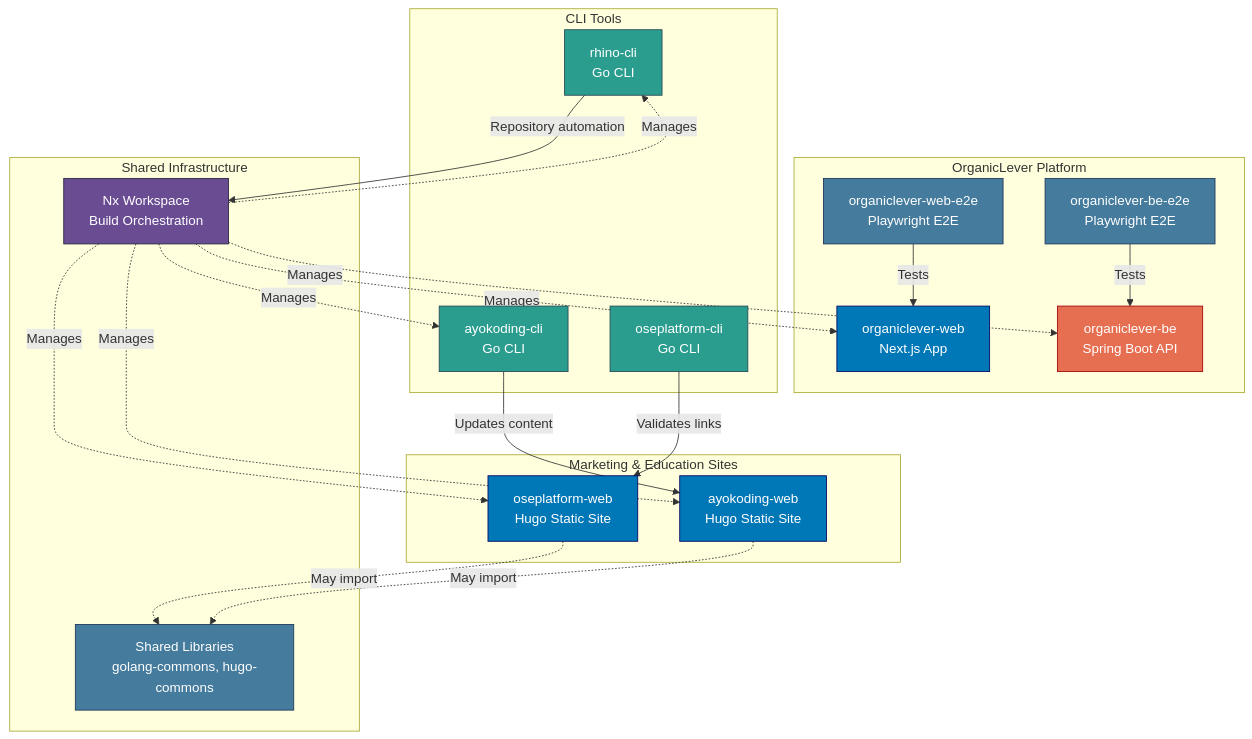
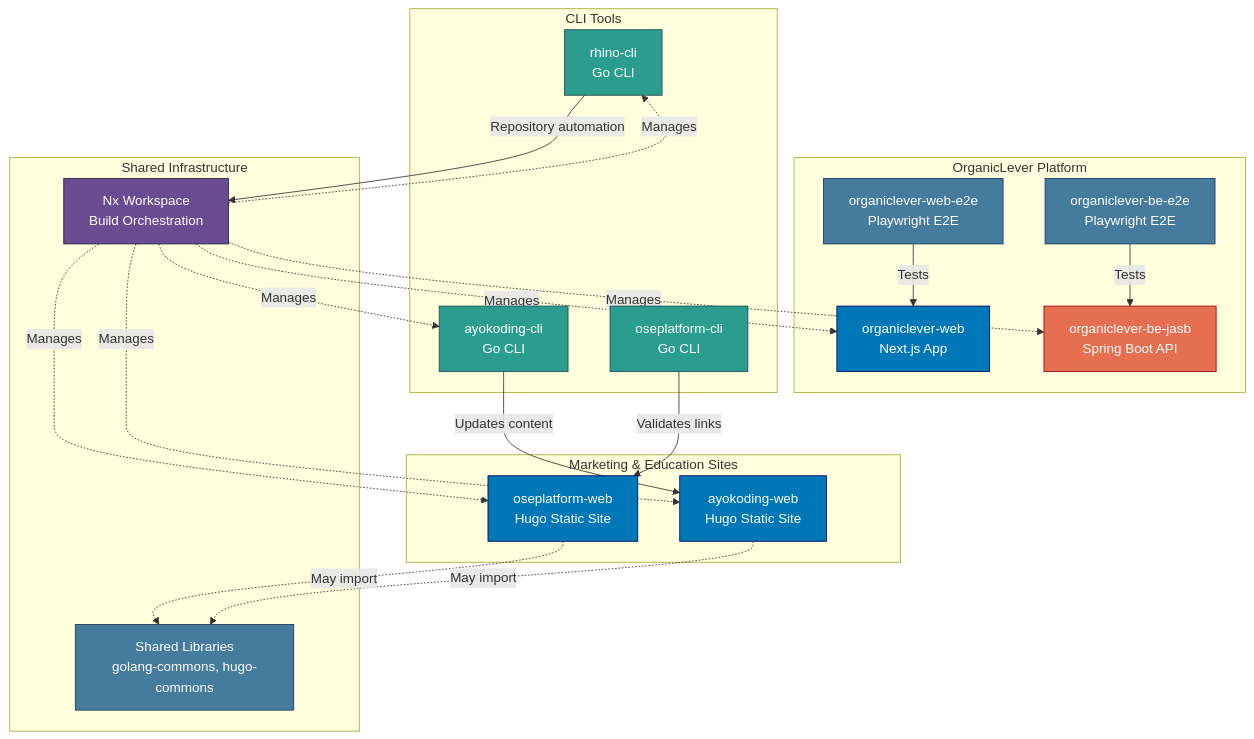
The first of 2 diagrams in docs/reference/system-architecture/re-syar__applications.md (wahidyankf/open-sharia-enterprise), drawn with Mermaid before and after one commit. The commit also changed other lines of this file and 13 other files, not shown here.

First line of the commit message:
docs: update organiclever-be references to organiclever-be-jasb

````diff
--- a/docs/reference/system-architecture/re-syar__applications.md
+++ b/docs/reference/system-architecture/re-syar__applications.md
@@ -131,53 +131,53 @@
 ```mermaid
 graph TB
     subgraph "Marketing & Education Sites"
         OSE[oseplatform-web<br/>Hugo Static Site]
         AYO[ayokoding-web<br/>Hugo Static Site]
     end
 
     subgraph "OrganicLever Platform"
         OL_WEB[organiclever-web<br/>Next.js App]
-        OL_BE[organiclever-be<br/>Spring Boot API]
+        OL_BE[organiclever-be-jasb<br/>Spring Boot API]
         OL_WEB_E2E[organiclever-web-e2e<br/>Playwright E2E]
         OL_BE_E2E[organiclever-be-e2e<br/>Playwright E2E]
     end
 
     subgraph "CLI Tools"
         AYOCLI[ayokoding-cli<br/>Go CLI]
         RHINO[rhino-cli<br/>Go CLI]
         OSECLI[oseplatform-cli<br/>Go CLI]
     end
 
     subgraph "Shared Infrastructure"
         NX[Nx Workspace<br/>Build Orchestration]
         LIBS[Shared Libraries<br/>golang-commons, hugo-commons]
     end
 
     AYOCLI -->|Updates content| AYO
     RHINO -->|Repository automation| NX
     OSECLI -->|Validates links| OSE
     OL_WEB_E2E -->|Tests| OL_WEB
     OL_BE_E2E -->|Tests| OL_BE
 
     NX -.->|Manages| OSE
     NX -.->|Manages| AYO
     NX -.->|Manages| AYOCLI
     NX -.->|Manages| RHINO
     NX -.->|Manages| OL_WEB
     NX -.->|Manages| OL_BE
 
     OSE -.->|May import| LIBS
     AYO -.->|May import| LIBS
 
     style OSE fill:#0077b6,stroke:#03045e,color:#ffffff
     style AYO fill:#0077b6,stroke:#03045e,color:#ffffff
     style OL_WEB fill:#0077b6,stroke:#03045e,color:#ffffff
     style OL_BE fill:#e76f51,stroke:#9d0208,color:#ffffff
     style OL_WEB_E2E fill:#457b9d,stroke:#1d3557,color:#ffffff
     style OL_BE_E2E fill:#457b9d,stroke:#1d3557,color:#ffffff
     style AYOCLI fill:#2a9d8f,stroke:#264653,color:#ffffff
     style RHINO fill:#2a9d8f,stroke:#264653,color:#ffffff
     style OSECLI fill:#2a9d8f,stroke:#264653,color:#ffffff
     style NX fill:#6a4c93,stroke:#22223b,color:#ffffff
     style LIBS fill:#457b9d,stroke:#1d3557,color:#ffffff
 ```
````
